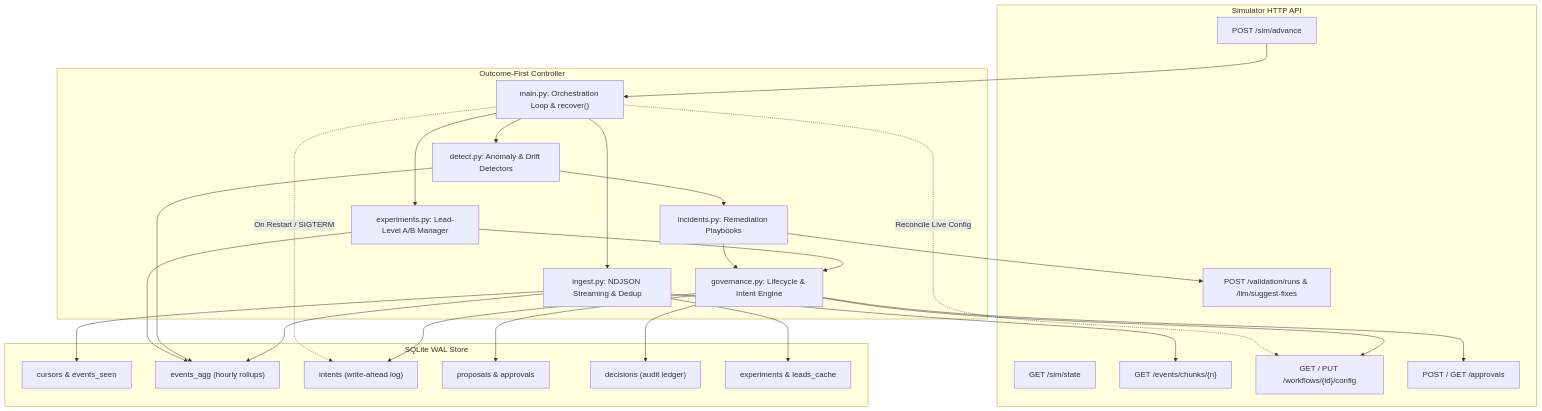
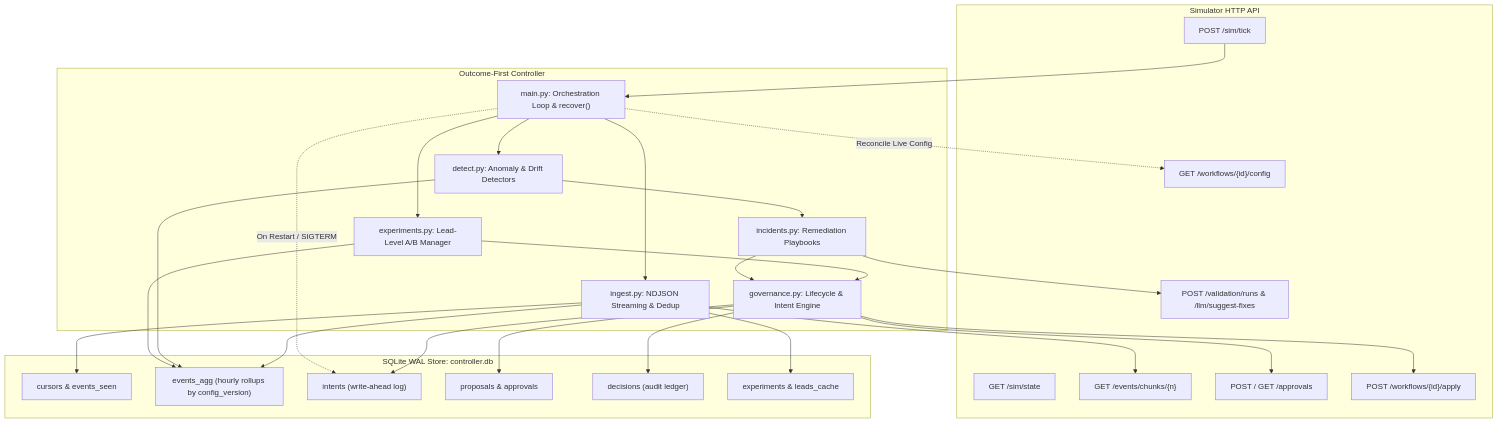
The diagram in SUBMISSION.md (roraks24/formi-outcome-first-loop), drawn with Mermaid before and after one commit. The commit also changed other lines of this file and 4 other files, not shown here.

````diff
--- a/SUBMISSION.md
+++ b/SUBMISSION.md
@@ -98,56 +95,57 @@
 ```mermaid
 flowchart TD
     subgraph Simulator [Simulator HTTP API]
         S_STATE["GET /sim/state"]
-        S_ADV["POST /sim/advance"]
+        S_ADV["POST /sim/tick"]
         S_CHUNKS["GET /events/chunks/{n}"]
-        S_CFG["GET / PUT /workflows/{id}/config"]
+        S_CFG["GET /workflows/{id}/config"]
         S_APPR["POST / GET /approvals"]
+        S_APPLY["POST /workflows/{id}/apply"]
         S_VAL["POST /validation/runs & /llm/suggest-fixes"]
     end
 
     subgraph Controller [Outcome-First Controller]
         MAIN["main.py: Orchestration Loop & recover()"]
         INGEST["ingest.py: NDJSON Streaming & Dedup"]
         DETECT["detect.py: Anomaly & Drift Detectors"]
         EXP["experiments.py: Lead-Level A/B Manager"]
         GOV["governance.py: Lifecycle & Intent Engine"]
         INC["incidents.py: Remediation Playbooks"]
     end
 
-    subgraph Store [SQLite WAL Store]
+    subgraph Store [SQLite WAL Store: controller.db]
         DB_CUR["cursors & events_seen"]
-        DB_AGG["events_agg (hourly rollups)"]
+        DB_AGG["events_agg (hourly rollups by config_version)"]
         DB_INT["intents (write-ahead log)"]
         DB_PROP["proposals & approvals"]
         DB_DEC["decisions (audit ledger)"]
         DB_EXP["experiments & leads_cache"]
     end
 
     S_ADV --> MAIN
     MAIN --> INGEST
     INGEST --> S_CHUNKS
     INGEST --> DB_CUR
     INGEST --> DB_AGG
     INGEST --> DB_EXP
 
     MAIN --> DETECT
     DETECT --> DB_AGG
     DETECT --> INC
 
     MAIN --> EXP
     EXP --> DB_AGG
     EXP --> GOV
 
     INC --> S_VAL
     INC --> GOV
 
     GOV --> DB_INT
     GOV --> S_APPR
-    GOV --> S_CFG
+    GOV --> S_APPLY
     GOV --> DB_PROP
     GOV --> DB_DEC
 
     MAIN -.->|On Restart / SIGTERM| DB_INT
     MAIN -.->|Reconcile Live Config| S_CFG
 ```
````
